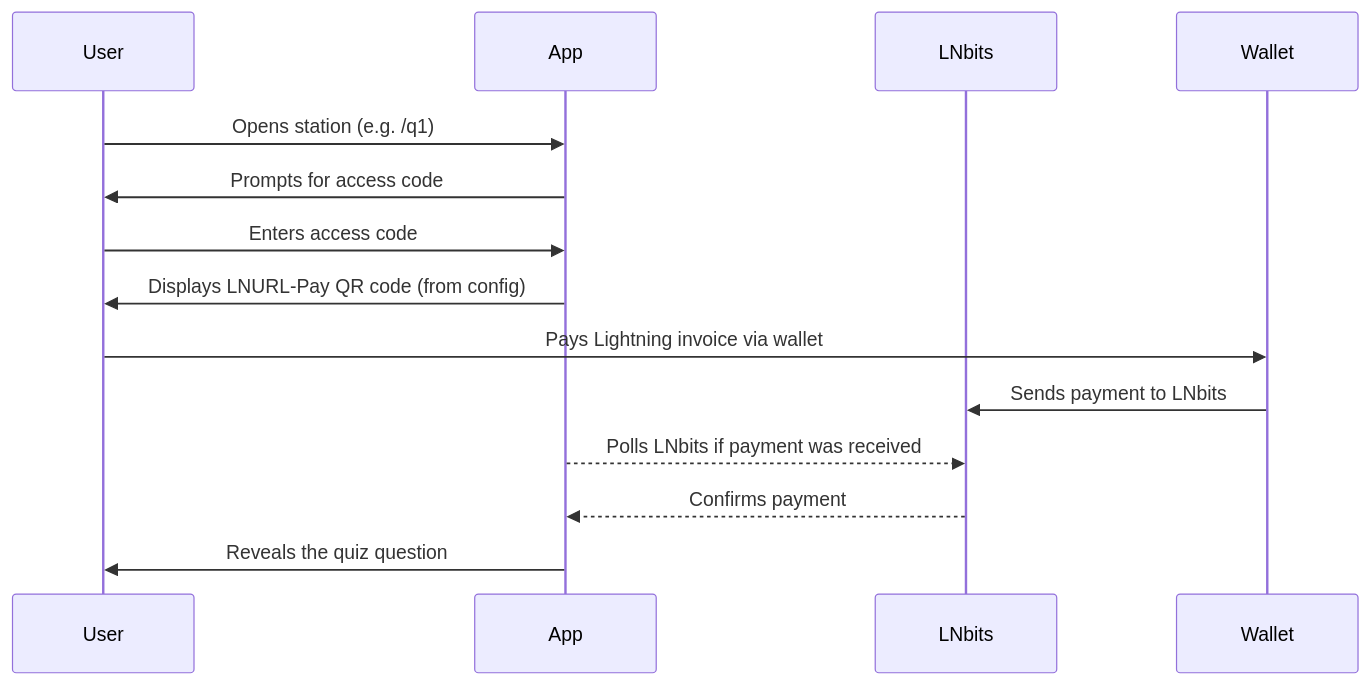
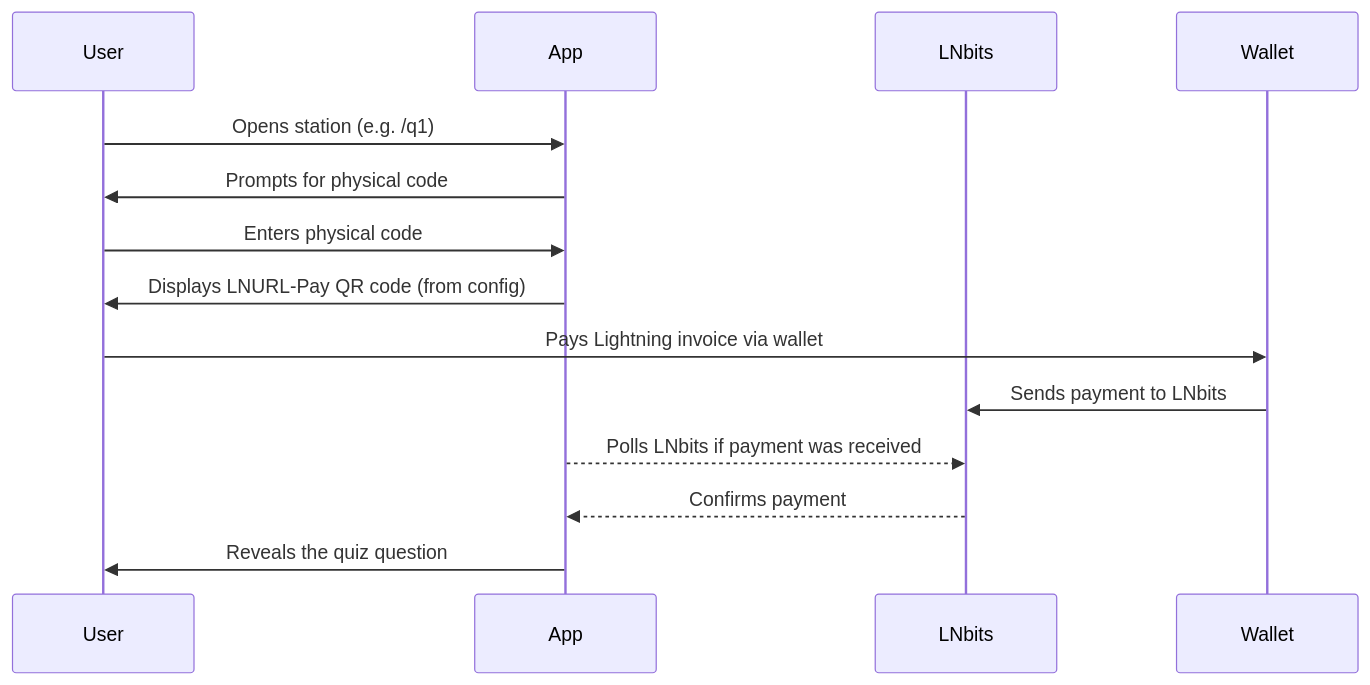
Before and after one commit to muraschal/lnhunt: the diagram in README.md, drawn with Mermaid. The commit also changed other lines of this file and 6 other files, not shown here.

Commit message:
refactor: Konsistente Namensgebung für code_physical und code_digital in der gesamten Codebase

````diff
--- a/README.md
+++ b/README.md
@@ -61,17 +62,17 @@
 ```mermaid
 sequenceDiagram
     participant U as User
     participant A as App
     participant L as LNbits
     participant W as Wallet
 
     U->>A: Opens station (e.g. /q1)
-    A->>U: Prompts for access code
-    U->>A: Enters access code
+    A->>U: Prompts for physical code
+    U->>A: Enters physical code
     A->>U: Displays LNURL-Pay QR code (from config)
     U->>W: Pays Lightning invoice via wallet
     W->>L: Sends payment to LNbits
     A-->>L: Polls LNbits if payment was received
     L-->>A: Confirms payment
     A->>U: Reveals the quiz question
 ```
````
